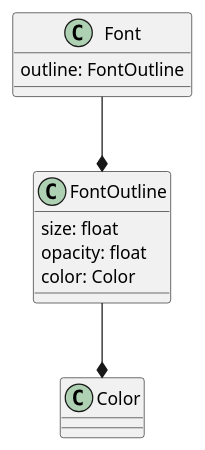
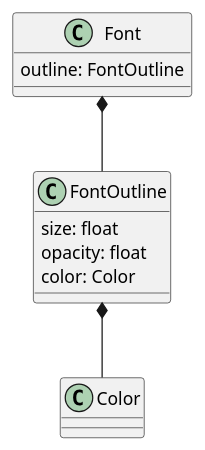
One commit to opengeospatial/styles-and-symbology changed the second of 3 diagrams in core/sections/clause_10_labeling.adoc. Above: the diagram before and after it, drawn with PlantUML. The commit also changed other lines of this file and 10 other files, not shown here.

```diff
--- a/core/sections/clause_10_labeling.adoc
+++ b/core/sections/clause_10_labeling.adoc
@@ -62,10 +62,10 @@
 [plantuml, target=diagram-classes, format=png]
 ....
-Font --* FontOutline
+Font *-- FontOutline
 Font : outline: FontOutline
 
 FontOutline : size: float
 FontOutline : opacity: float
 FontOutline : color: Color
-FontOutline --* Color
+FontOutline *-- Color
 ....
```
